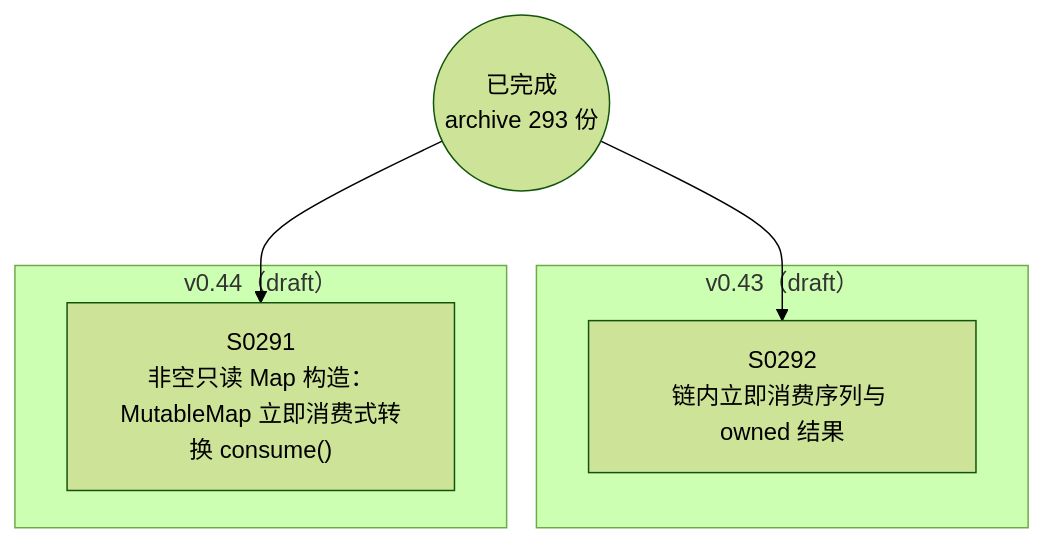
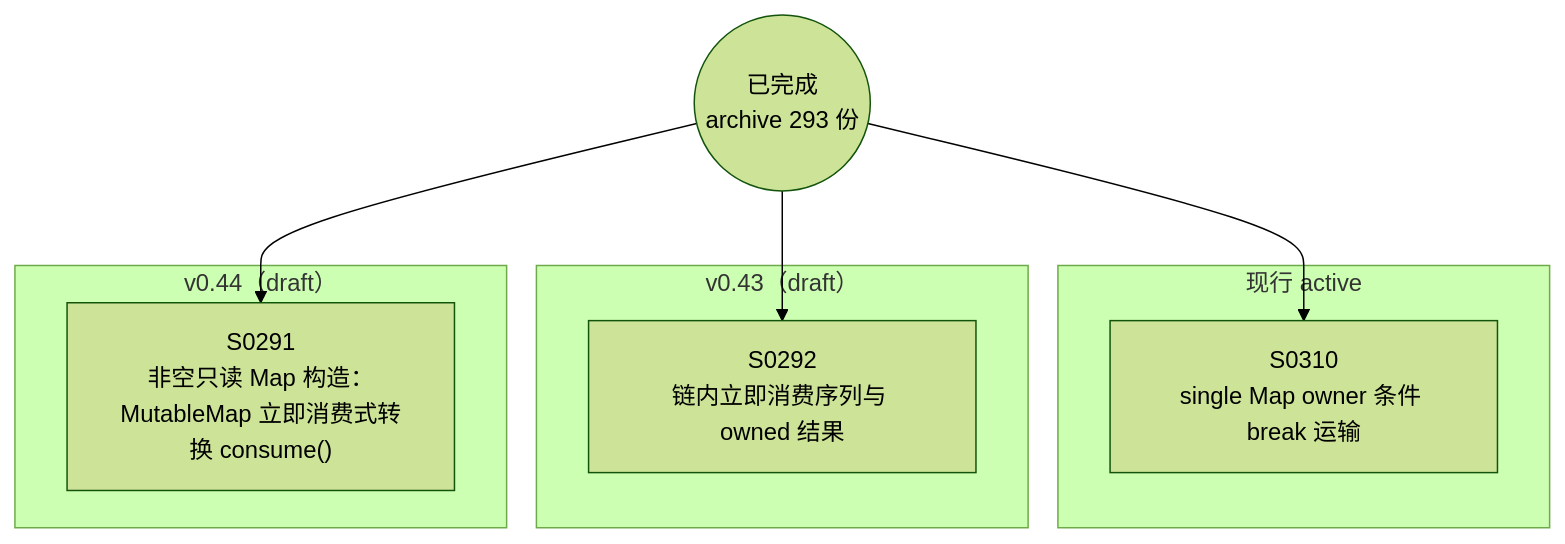
One commit to Halckon/Koven changed the diagram in docs/specs/dependency-graph.md. Above: the diagram before and after it, drawn with Mermaid (forest theme). The commit also changed other lines of this file and 7 other files, not shown here.

Commit message:
docs(spec): activate bounded Map conditional break contract (SPEC-0310)

````diff
--- a/docs/specs/dependency-graph.md
+++ b/docs/specs/dependency-graph.md
@@ -9,12 +9,16 @@
 ```mermaid
 flowchart TD
 ARCH(("已完成<br/>archive 293 份"))
+subgraph Gactive["现行 active"]
+  S0310["S0310<br/>single Map owner 条件 break 运输"]
+end
 subgraph Gdrafts_v043["v0.43（draft）"]
   S0292["S0292<br/>链内立即消费序列与 owned 结果"]
 end
 subgraph Gdrafts_v044["v0.44（draft）"]
   S0291["S0291<br/>非空只读 Map 构造：MutableMap 立即消费式转换 consume()"]
 end
 ARCH --> S0291
 ARCH --> S0292
+ARCH --> S0310
 ```
````
